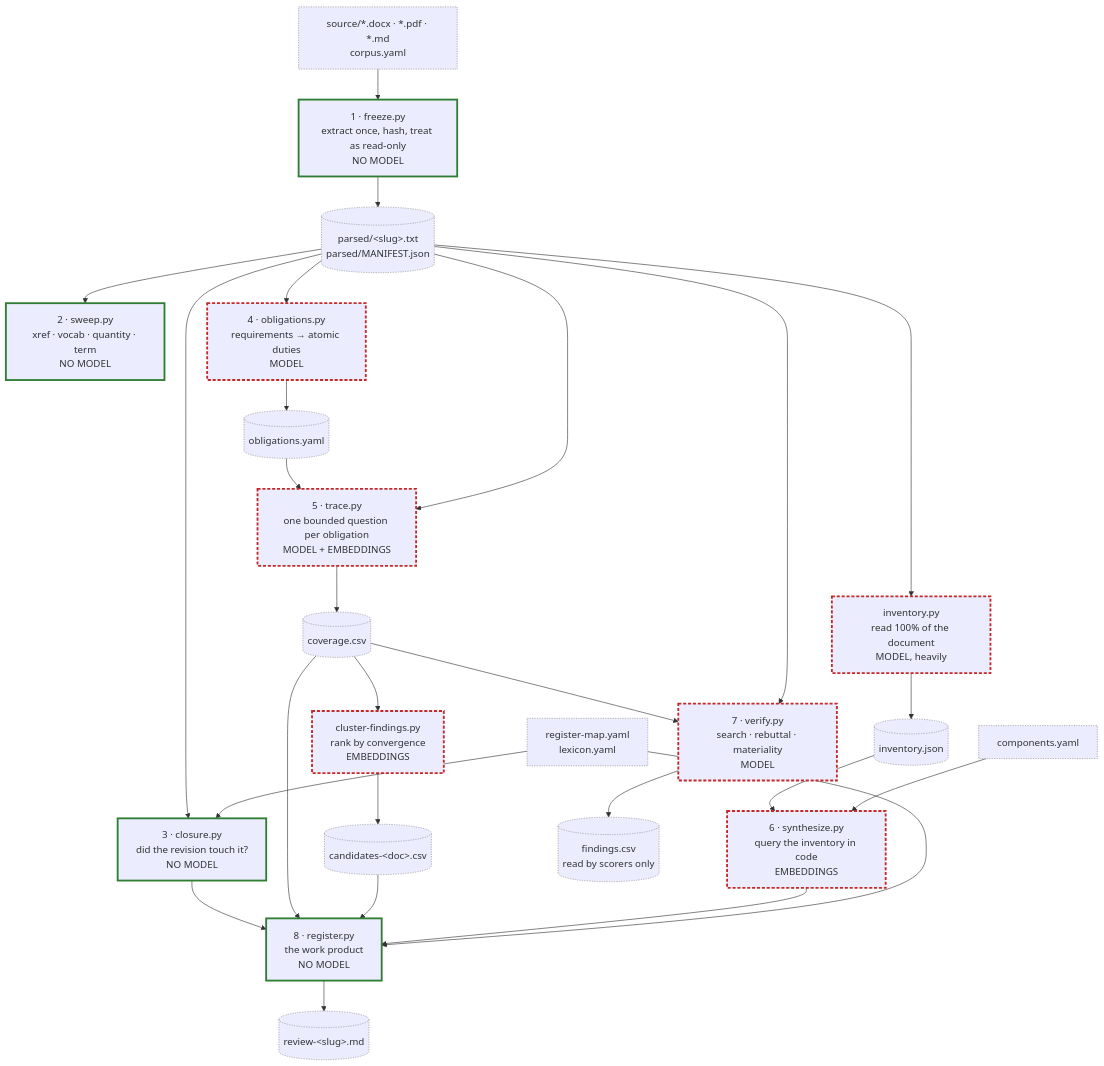
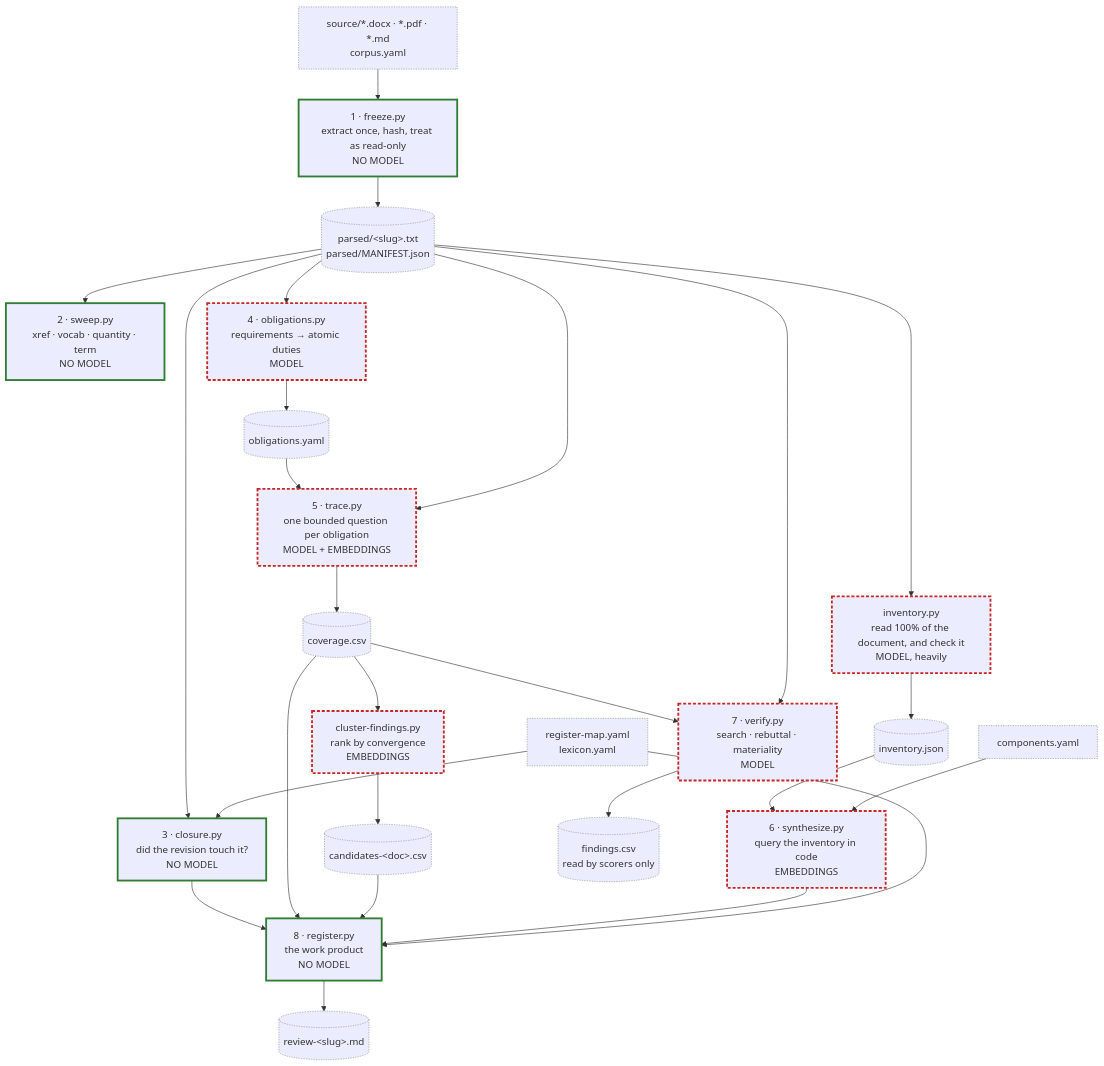
One commit to Youfengxu/dossier changed the diagram in ARCHITECTURE.md. Above: the diagram before and after it, drawn with Mermaid. The commit also changed other lines of this file and 8 other files, not shown here.

First line of the commit message:
inventory: a line in no section is not a line that was read

````diff
--- a/ARCHITECTURE.md
+++ b/ARCHITECTURE.md
@@ -62,45 +62,45 @@
 ```mermaid
 flowchart TD
     SRC["source/*.docx · *.pdf · *.md<br/>corpus.yaml"]
     MAP["register-map.yaml<br/>lexicon.yaml"]
     COMP["components.yaml"]
 
     SRC --> FREEZE["1 · freeze.py<br/>extract once, hash, treat as read-only<br/>NO MODEL"]
     FREEZE --> FROZEN[("parsed/&lt;slug&gt;.txt<br/>parsed/MANIFEST.json")]
 
     FROZEN --> SWEEP["2 · sweep.py<br/>xref · vocab · quantity · term<br/>NO MODEL"]
     FROZEN --> CLOS["3 · closure.py<br/>did the revision touch it?<br/>NO MODEL"]
     MAP --> CLOS
 
     FROZEN --> OBL["4 · obligations.py<br/>requirements → atomic duties<br/>MODEL"]
     OBL --> OBLY[("obligations.yaml")]
 
     OBLY --> TRACE["5 · trace.py<br/>one bounded question per obligation<br/>MODEL + EMBEDDINGS"]
     FROZEN --> TRACE
     TRACE --> COV[("coverage.csv")]
     COV --> CLUST["cluster-findings.py<br/>rank by convergence<br/>EMBEDDINGS"]
     CLUST --> CAND[("candidates-&lt;doc&gt;.csv")]
 
-    FROZEN --> INV["inventory.py<br/>read 100% of the document<br/>MODEL, heavily"]
+    FROZEN --> INV["inventory.py<br/>read 100% of the document, and check it<br/>MODEL, heavily"]
     INV --> INVJ[("inventory.json")]
     INVJ --> SYN["6 · synthesize.py<br/>query the inventory in code<br/>EMBEDDINGS"]
     COMP --> SYN
 
     COV --> VER["7 · verify.py<br/>search · rebuttal · materiality<br/>MODEL"]
     FROZEN --> VER
     VER --> FIND[("findings.csv<br/>read by scorers only")]
 
     CLOS --> REG["8 · register.py<br/>the work product<br/>NO MODEL"]
     COV --> REG
     CAND --> REG
     SYN --> REG
     MAP --> REG
     REG --> OUT[("review-&lt;slug&gt;.md")]
 
     classDef det stroke:#2e7d32,stroke-width:3px;
     classDef mdl stroke:#c62828,stroke-width:3px,stroke-dasharray:5 3;
     classDef art stroke:#888,stroke-width:1px,stroke-dasharray:2 2;
     class FREEZE,SWEEP,CLOS,REG det;
     class OBL,TRACE,INV,SYN,VER,CLUST mdl;
     class SRC,MAP,COMP,FROZEN,OBLY,COV,CAND,INVJ,FIND,OUT art;
 ```
````
